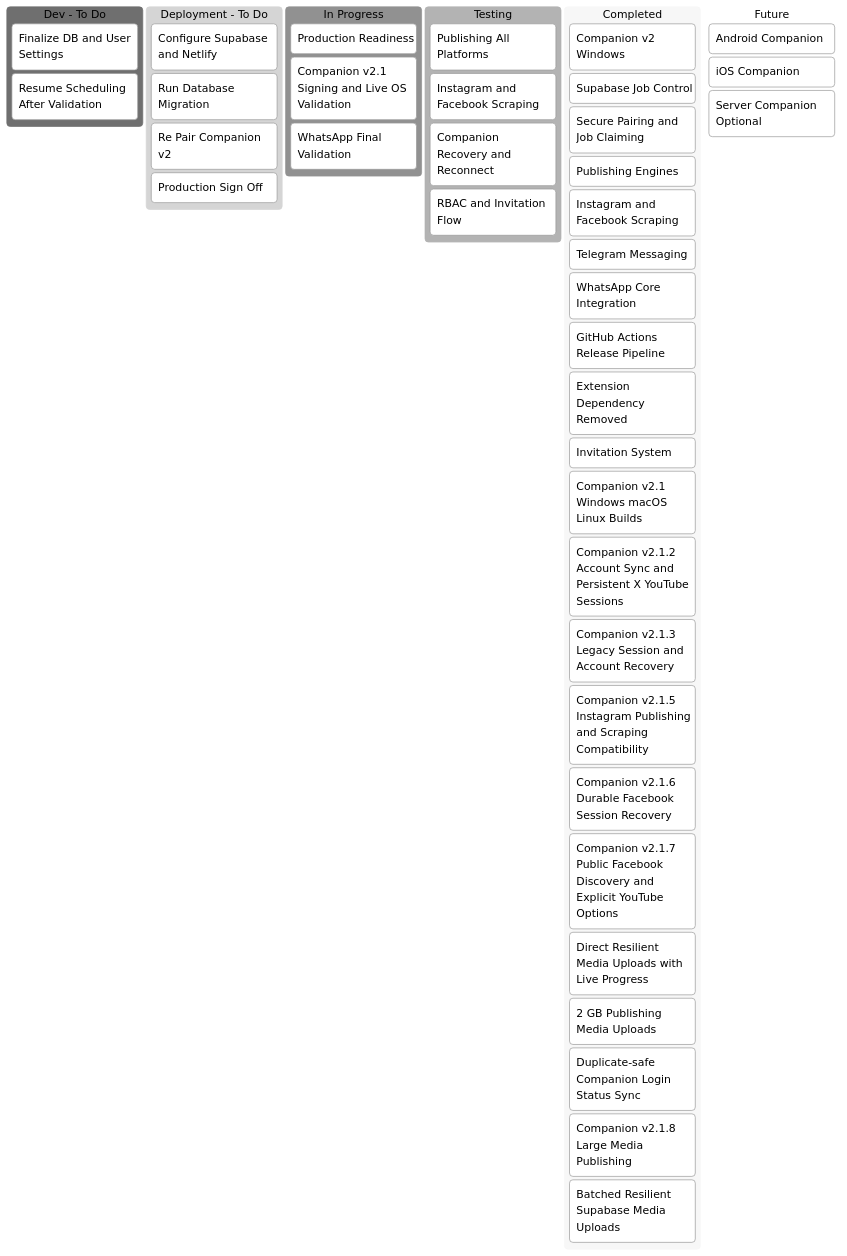
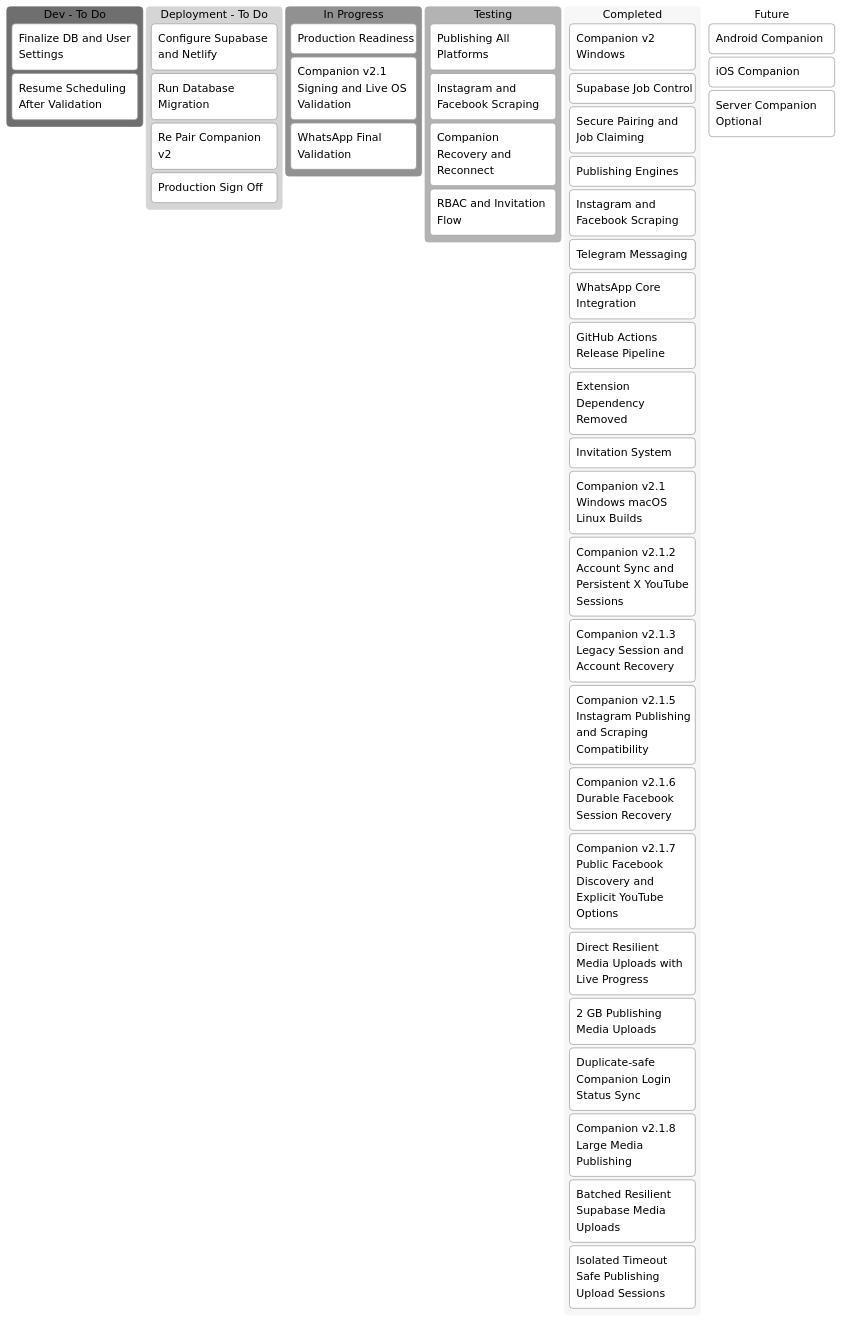
Before and after one commit to tinitiateprime/agentic-that: the first of 2 diagrams in agentic-that-project-tracker.md, drawn with Mermaid (neutral theme). The commit also changed 5 other files, not shown here.

Commit message:
fix: isolate large media upload sessions

````diff
--- a/agentic-that-project-tracker.md
+++ b/agentic-that-project-tracker.md
@@ -5,51 +5,52 @@
 ```mermaid
 kanban
   devTodo[Dev - To Do]
     dev1[Finalize DB and User Settings]
     dev2[Resume Scheduling After Validation]
 
   deploymentTodo[Deployment - To Do]
     dep1[Configure Supabase and Netlify]
     dep2[Run Database Migration]
     dep3[Re Pair Companion v2]
     dep4[Production Sign Off]
 
   inProgress[In Progress]
     prog1[Production Readiness]
     prog2[Companion v2.1 Signing and Live OS Validation]
     prog3[WhatsApp Final Validation]
 
   testing[Testing]
     test1[Publishing All Platforms]
     test2[Instagram and Facebook Scraping]
     test3[Companion Recovery and Reconnect]
     test4[RBAC and Invitation Flow]
 
   completed[Completed]
     done1[Companion v2 Windows]
     done2[Supabase Job Control]
     done3[Secure Pairing and Job Claiming]
     done4[Publishing Engines]
     done5[Instagram and Facebook Scraping]
     done6[Telegram Messaging]
     done7[WhatsApp Core Integration]
     done8[GitHub Actions Release Pipeline]
     done9[Extension Dependency Removed]
     done10[Invitation System]
     done11[Companion v2.1 Windows macOS Linux Builds]
     done12[Companion v2.1.2 Account Sync and Persistent X YouTube Sessions]
     done13[Companion v2.1.3 Legacy Session and Account Recovery]
     done14[Companion v2.1.5 Instagram Publishing and Scraping Compatibility]
     done15[Companion v2.1.6 Durable Facebook Session Recovery]
     done16[Companion v2.1.7 Public Facebook Discovery and Explicit YouTube Options]
     done17[Direct Resilient Media Uploads with Live Progress]
     done18[2 GB Publishing Media Uploads]
     done19[Duplicate-safe Companion Login Status Sync]
     done20[Companion v2.1.8 Large Media Publishing]
     done21[Batched Resilient Supabase Media Uploads]
+    done22[Isolated Timeout Safe Publishing Upload Sessions]
 
   future[Future]
     future1[Android Companion]
     future2[iOS Companion]
     future3[Server Companion Optional]
 ```
````
